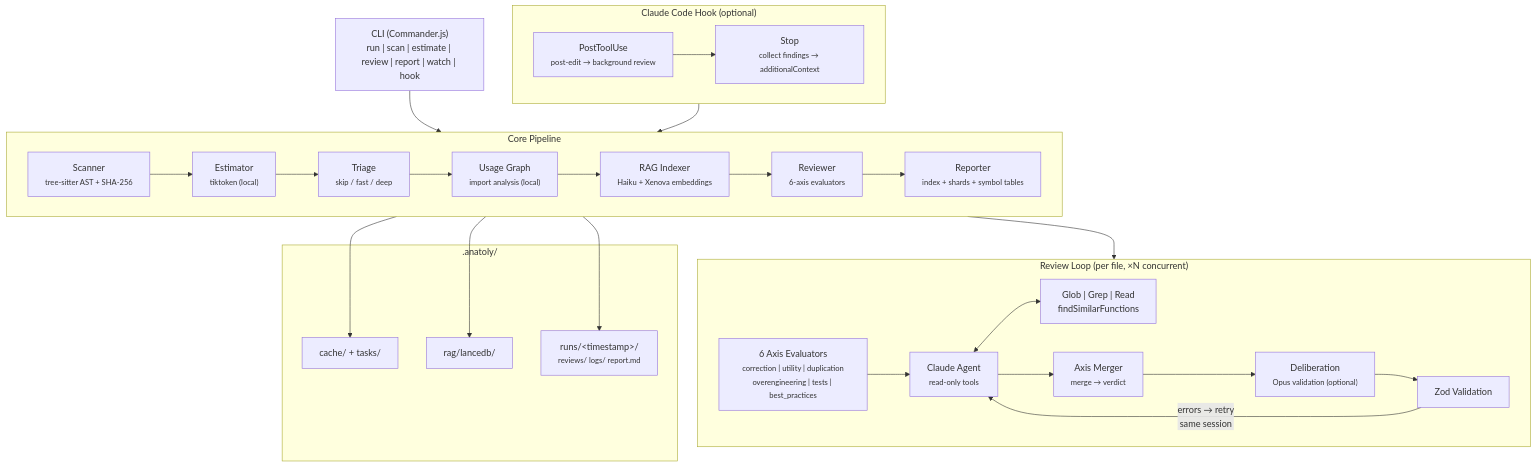
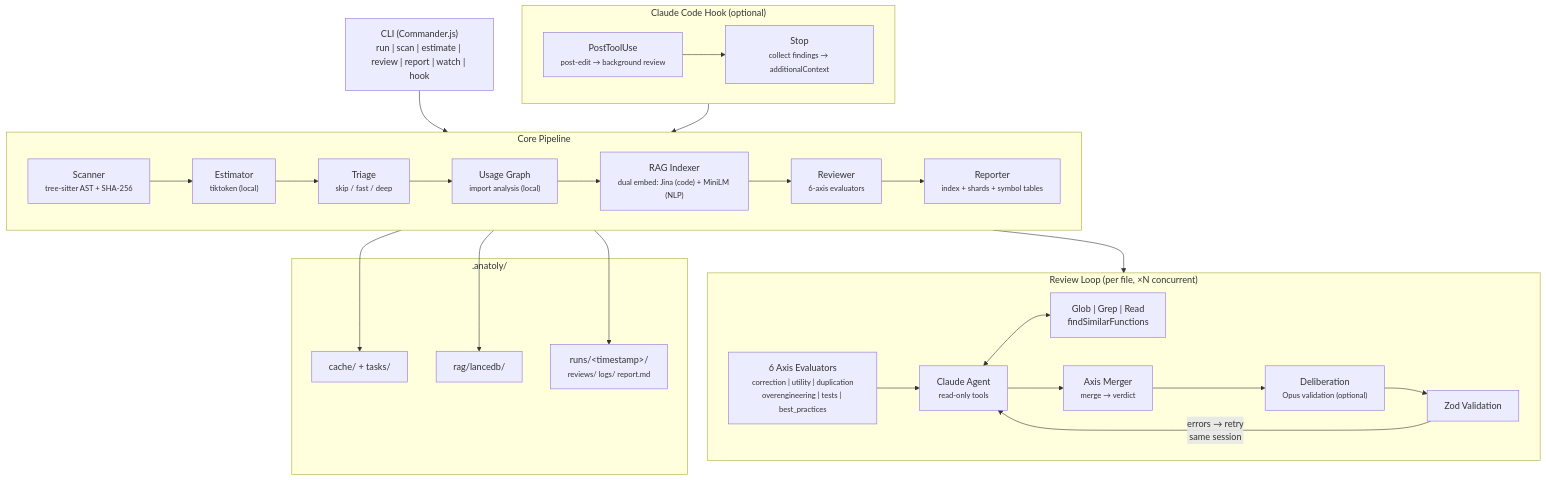
Before and after one commit to r-via/anatoly: the diagram in docs/architecture.md, drawn with Mermaid. The commit also changed other lines of this file and 4 other files, not shown here.

````diff
--- a/docs/architecture.md
+++ b/docs/architecture.md
@@ -3,52 +3,52 @@
 ```mermaid
 flowchart TD
     CLI["CLI (Commander.js)<br/>run | scan | estimate | review | report | watch | hook"]
 
     subgraph Pipeline["Core Pipeline"]
         direction LR
         Scanner["Scanner<br/><small>tree-sitter AST + SHA-256</small>"]
         Estimator["Estimator<br/><small>tiktoken (local)</small>"]
         Triage["Triage<br/><small>skip / fast / deep</small>"]
         UsageGraph["Usage Graph<br/><small>import analysis (local)</small>"]
-        Indexer["RAG Indexer<br/><small>Haiku + Xenova embeddings</small>"]
+        Indexer["RAG Indexer<br/><small>dual embed: Jina (code) + MiniLM (NLP)</small>"]
         Reviewer["Reviewer<br/><small>6-axis evaluators</small>"]
         Reporter["Reporter<br/><small>index + shards + symbol tables</small>"]
 
         Scanner --> Estimator --> Triage --> UsageGraph --> Indexer --> Reviewer --> Reporter
     end
 
     subgraph ReviewLoop["Review Loop (per file, ×N concurrent)"]
         Axes["6 Axis Evaluators<br/><small>correction | utility | duplication<br/>overengineering | tests | best_practices</small>"]
         Agent["Claude Agent<br/><small>read-only tools</small>"]
         Tools["Glob | Grep | Read<br/>findSimilarFunctions"]
         Merger["Axis Merger<br/><small>merge → verdict</small>"]
         Deliberation["Deliberation<br/><small>Opus validation (optional)</small>"]
         Zod["Zod Validation"]
         Axes --> Agent
         Agent <--> Tools
         Agent --> Merger
         Merger --> Deliberation
         Deliberation --> Zod
         Zod -- "errors → retry<br/>same session" --> Agent
     end
 
     subgraph Hook["Claude Code Hook (optional)"]
         direction LR
         PostEdit["PostToolUse<br/><small>post-edit → background review</small>"]
         Stop["Stop<br/><small>collect findings → additionalContext</small>"]
         PostEdit --> Stop
     end
 
     subgraph Output[".anatoly/"]
         Cache["cache/ + tasks/"]
         RAG["rag/lancedb/"]
         Runs["runs/&lt;timestamp&gt;/<br/><small>reviews/ logs/ report.md</small>"]
     end
 
     CLI --> Pipeline
     Reviewer --> ReviewLoop
     Indexer --> RAG
     Reporter --> Runs
     Scanner --> Cache
     Hook --> Reviewer
 ```
````
